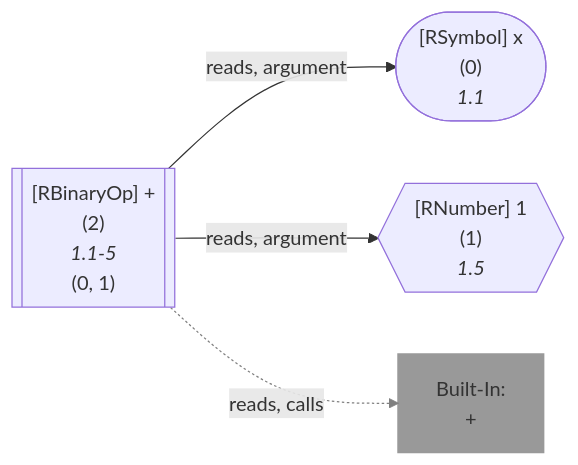
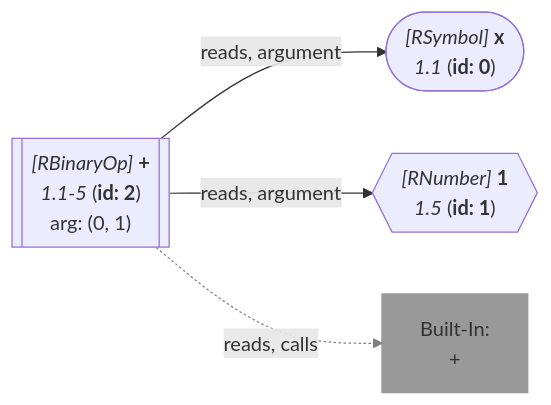
The second of 21 diagrams in wiki/Query API.md (flowr-analysis/flowr), drawn with Mermaid before and after one commit. The commit also changed other lines of this file and 87 other files, not shown here.

````diff
--- a/wiki/Query API.md
+++ b/wiki/Query API.md
@@ -1241,22 +1197,19 @@
 ```mermaid
 flowchart LR
-    0(["`#91;RSymbol#93; x
-      (0)
-      *1.1*`"])
+    0(["`*#91;RSymbol#93;* **x**
+      *1.1* (**id: 0**)`"])
    %% No edges found for 0
-    1{{"`#91;RNumber#93; 1
-      (1)
-      *1.5*`"}}
+    1{{"`*#91;RNumber#93;* **1**
+      *1.5* (**id: 1**)`"}}
    %% No edges found for 1
-    2[["`#91;RBinaryOp#93; #43;
-      (2)
-      *1.1-5*
-    (0, 1)`"]]
+    2[["`*#91;RBinaryOp#93;* **#43;**
+      *1.1-5* (**id: 2**)
+    arg: (0, 1)`"]]
     built-in:_["`Built-In:
 #43;`"]
     style built-in:_ stroke:gray,fill:gray,stroke-width:2px,opacity:.8;
     2 -->|"reads, argument"| 0
     2 -->|"reads, argument"| 1
     2 -.->|"reads, calls"| built-in:_
     linkStyle 2 stroke:gray;
 ```
````
